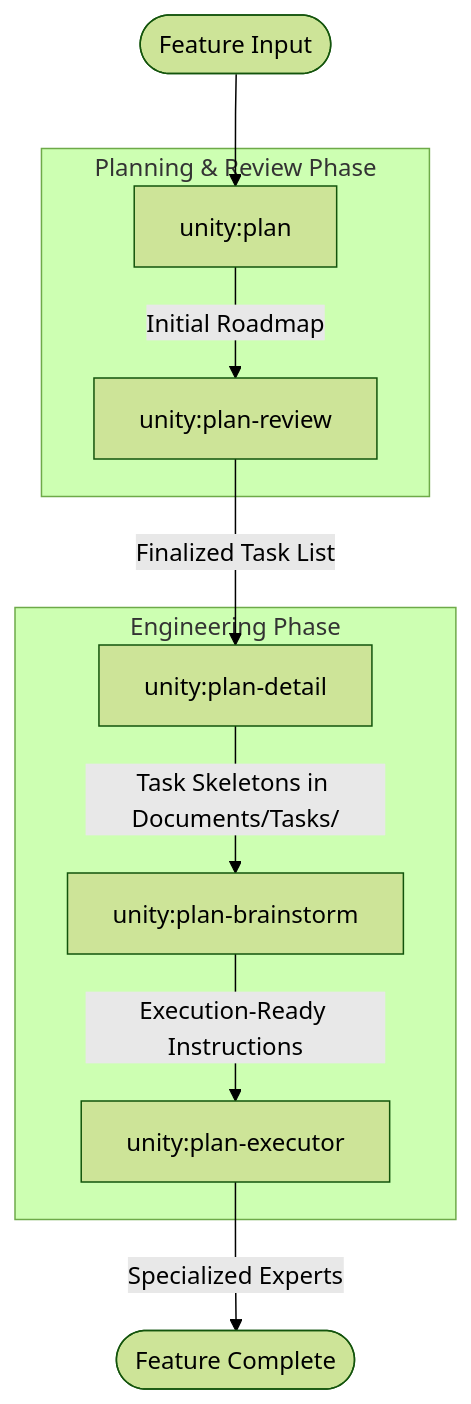
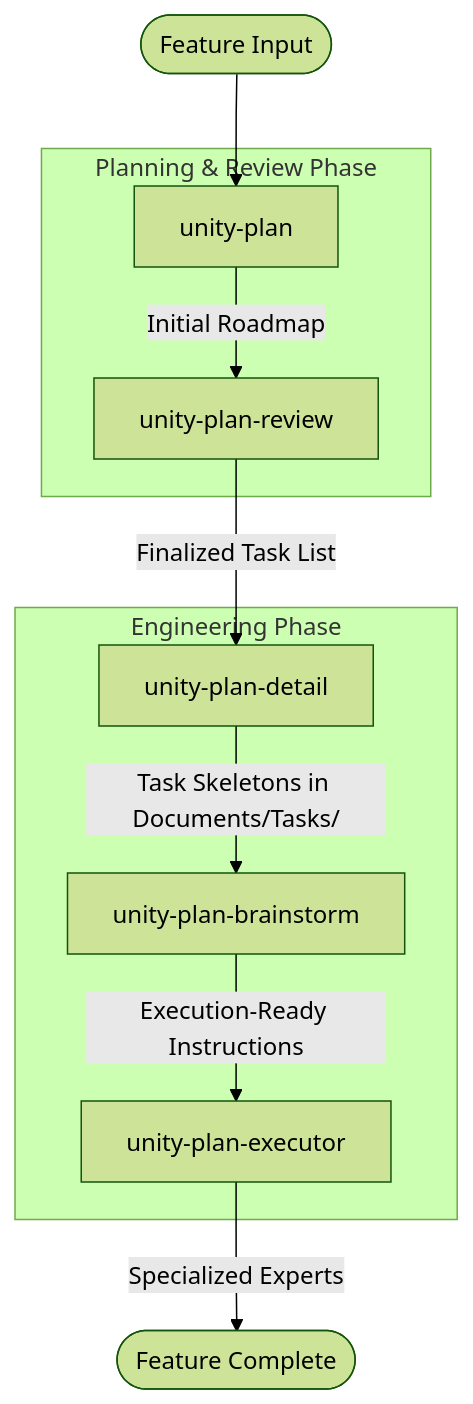
Before and after one commit to cuozg/oh-my-unity: the diagram in README.md, drawn with Mermaid (forest theme). The commit also changed other lines of this file and 33 other files, not shown here.

````diff
--- a/README.md
+++ b/README.md
@@ -39,20 +43,20 @@
 ```mermaid
 graph TD
-    Input([Feature Input]) --> Plan[unity:plan]
-    Plan -->|Initial Roadmap| Review[unity:plan-review]
-    Review -->|Finalized Task List| Detail[unity:plan-detail]
-    Detail -->|Task Skeletons in Documents/Tasks/| Brainstorm[unity:plan-brainstorm]
-    Brainstorm -->|Execution-Ready Instructions| Executor[unity:plan-executor]
+    Input([Feature Input]) --> Plan[unity-plan]
+    Plan -->|Initial Roadmap| Review[unity-plan-review]
+    Review -->|Finalized Task List| Detail[unity-plan-detail]
+    Detail -->|Task Skeletons in Documents/Tasks/| Brainstorm[unity-plan-brainstorm]
+    Brainstorm -->|Execution-Ready Instructions| Executor[unity-plan-executor]
     Executor -->|Specialized Experts| Done([Feature Complete])
 
     subgraph "Planning & Review Phase"
     Plan
     Review
     end
 
     subgraph "Engineering Phase"
     Detail
     Brainstorm
     Executor
     end
 ```
````
